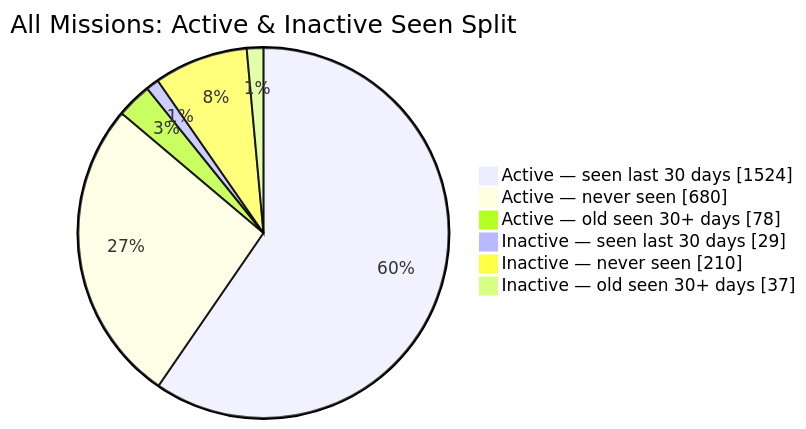
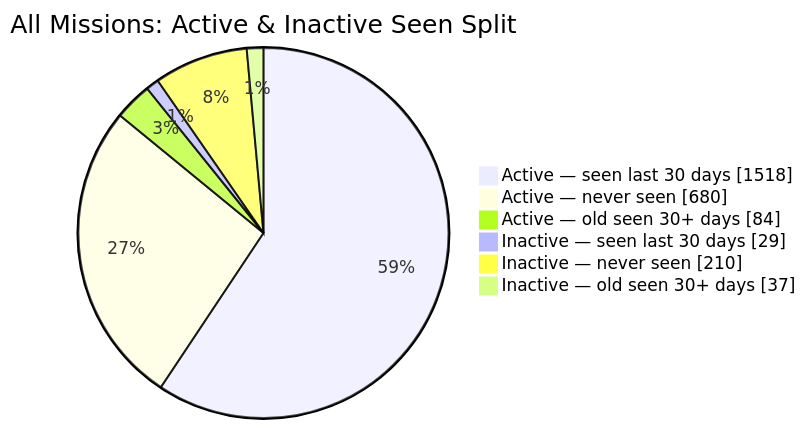
Before and after one commit to MeldkamerspelGameTeam/active-missions: the second of 2 diagrams in README.md, drawn with Mermaid. The commit also changed other lines of this file and 2 other files, not shown here.

````diff
--- a/README.md
+++ b/README.md
@@ -44,10 +44,10 @@
 ```mermaid
 pie showData
     title All Missions: Active & Inactive Seen Split
-    "Active — seen last 30 days" : 1524
+    "Active — seen last 30 days" : 1518
     "Active — never seen" : 680
-    "Active — old seen 30+ days" : 78
+    "Active — old seen 30+ days" : 84
     "Inactive — seen last 30 days" : 29
     "Inactive — never seen" : 210
     "Inactive — old seen 30+ days" : 37
 ```
````
